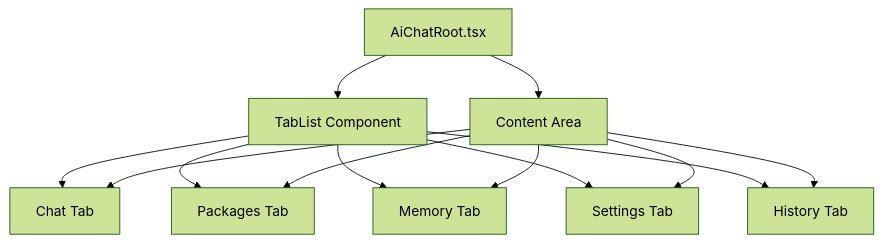
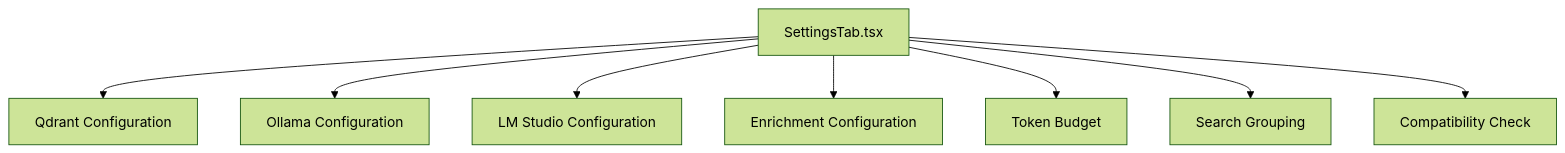
The ninth of 10 diagrams in .qoder/repowiki/en/content/Webview Interface/Webview Interface.md (bramburn/repomix-runner), drawn with Mermaid (forest theme) before and after one commit. The commit also changed other lines of this file and 41 other files, not shown here.

First line of the commit message:
feat(config): implement auto-generated Qdrant collection names and streamline settings

````diff
--- a/.qoder/repowiki/en/content/Webview Interface/Webview Interface.md
+++ b/.qoder/repowiki/en/content/Webview Interface/Webview Interface.md
@@ -834,23 +508,18 @@
 ```mermaid
 graph TB
-AICHROOT["AiChatRoot.tsx"]
-TABLIST["TabList Component"]
-CHAT["Chat Tab"]
-PACKAGES["Packages Tab"]
-MEMORY["Memory Tab"]
-SETTINGS["Settings Tab"]
-HISTORY["History Tab"]
-CONTENT["Content Area"]
-AICHROOT --> TABLIST
-TABLIST --> CHAT
-TABLIST --> PACKAGES
-TABLIST --> MEMORY
-TABLIST --> SETTINGS
-TABLIST --> HISTORY
-AICHROOT --> CONTENT
-CONTENT --> CHAT
-CONTENT --> PACKAGES
-CONTENT --> MEMORY
-CONTENT --> SETTINGS
-CONTENT --> HISTORY
+SETTINGSTAB["SettingsTab.tsx"]
+QDRANT["Qdrant Configuration"]
+OLLAMA["Ollama Configuration"]
+LMSTUDIO["LM Studio Configuration"]
+ENRICHMENT["Enrichment Configuration"]
+TOKENS["Token Budget"]
+GROUPING["Search Grouping"]
+COMPAT["Compatibility Check"]
+SETTINGSTAB --> QDRANT
+SETTINGSTAB --> OLLAMA
+SETTINGSTAB --> LMSTUDIO
+SETTINGSTAB --> ENRICHMENT
+SETTINGSTAB --> TOKENS
+SETTINGSTAB --> GROUPING
+SETTINGSTAB --> COMPAT
 ```
````
